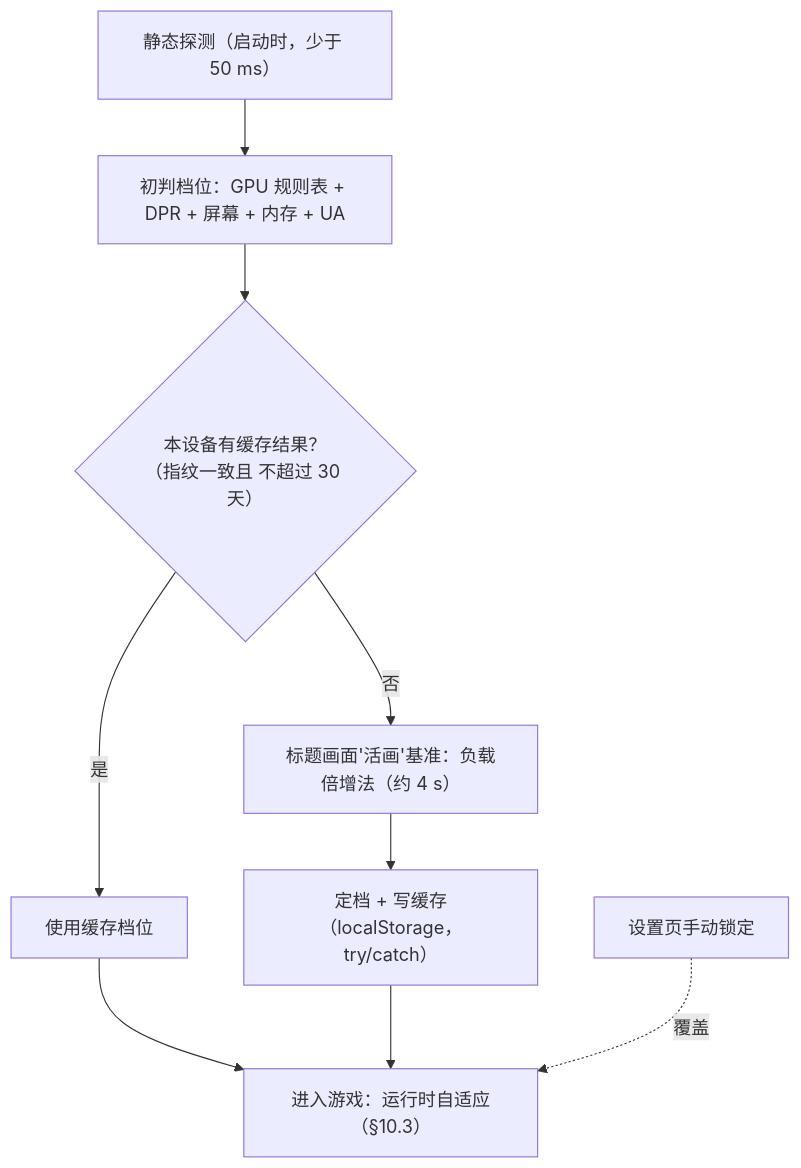
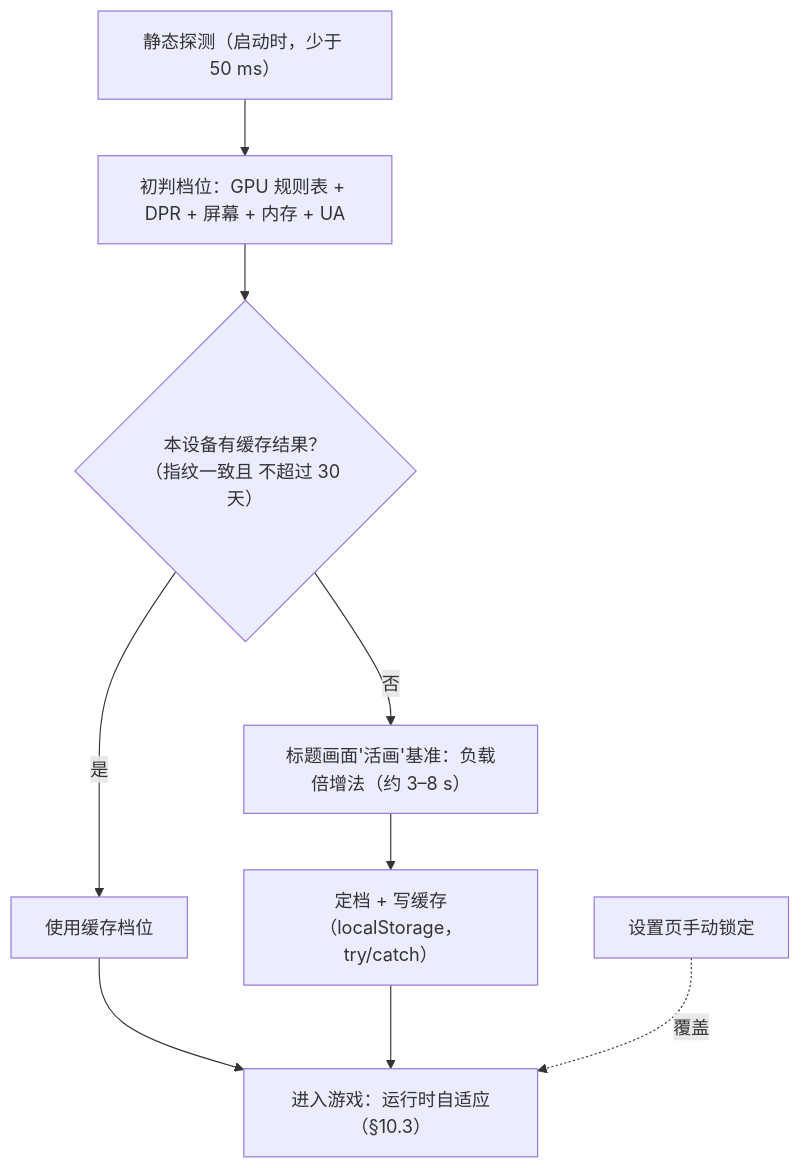
Before and after one commit to radarxc/jinyongqunxia: the fifth of 6 diagrams in docs/tech/02-rendering.md, drawn with Mermaid. The commit also changed other lines of this file and 8 other files, not shown here.

````diff
--- a/docs/tech/02-rendering.md
+++ b/docs/tech/02-rendering.md
@@ -1591,11 +1593,11 @@
 ```mermaid
 flowchart TD
   P["静态探测（启动时，少于 50 ms）"] --> G["初判档位：GPU 规则表 + DPR + 屏幕 + 内存 + UA"]
   G --> C{"本设备有缓存结果？<br/>（指纹一致且 不超过 30 天）"}
   C -- 是 --> USE["使用缓存档位"]
-  C -- 否 --> T["标题画面'活画'基准：负载倍增法（约 4 s）"]
+  C -- 否 --> T["标题画面'活画'基准：负载倍增法（约 3–8 s）"]
   T --> D["定档 + 写缓存（localStorage，try/catch）"]
   USE --> RUN["进入游戏：运行时自适应（§10.3）"]
   D --> RUN
   M["设置页手动锁定"] -.覆盖.-> RUN
 ```
````
